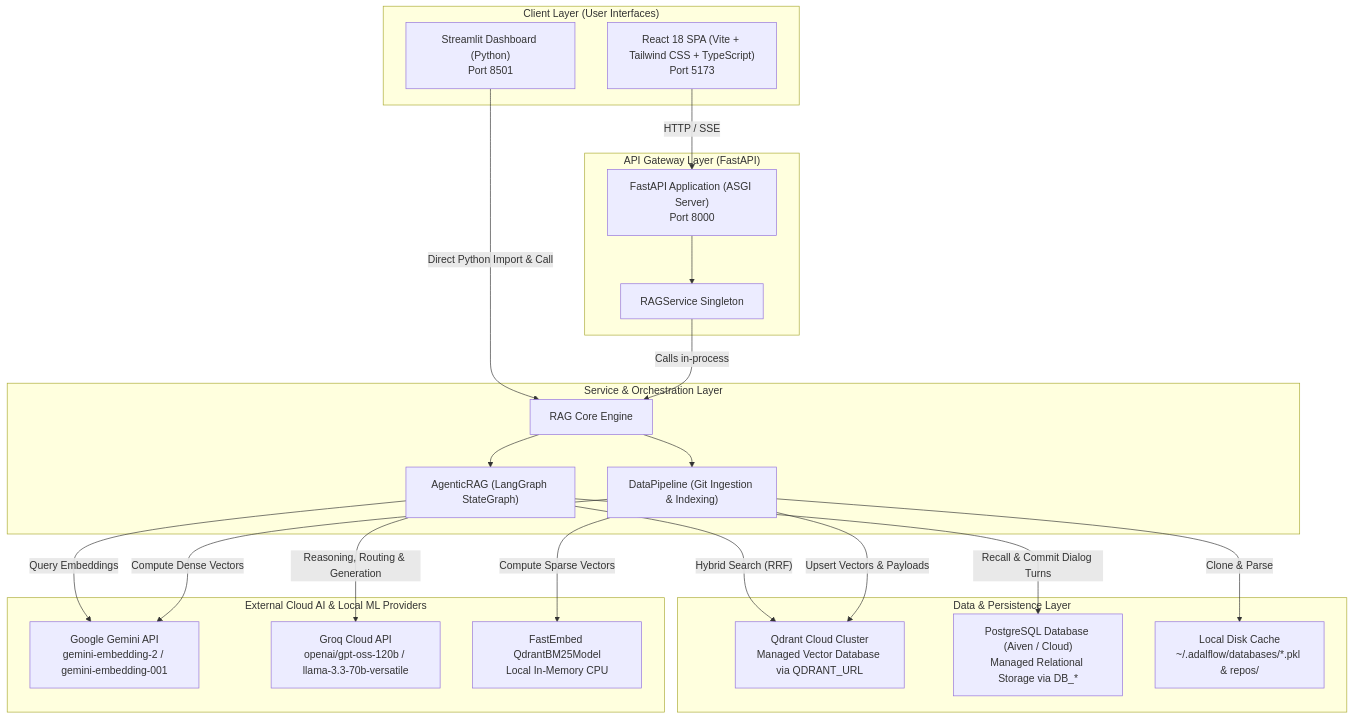
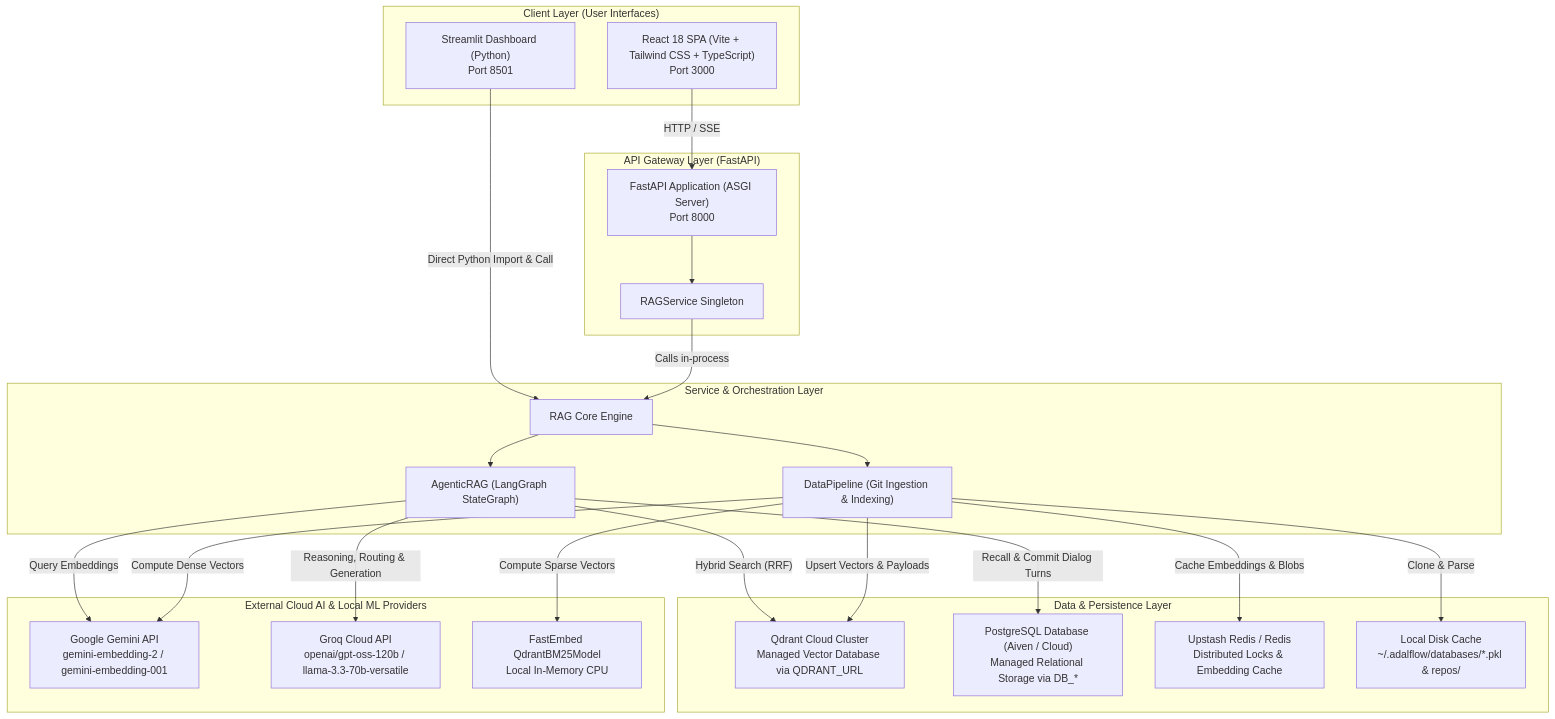
Before and after one commit to LaxmiNarayana31/github-chat: the first of 2 diagrams in README.md, drawn with Mermaid. The commit also changed other lines of this file, not shown here.

Commit message:
Enhance README with new features: add Git commit SHA verification, Upstash Redis caching, and update React SPA port

````diff
--- a/README.md
+++ b/README.md
@@ -31,49 +42,51 @@
 ```mermaid
 graph TB
     subgraph Client_Layer["Client Layer (User Interfaces)"]
-        ReactUI["React 18 SPA (Vite + Tailwind CSS + TypeScript)<br/>Port 5173"]
+        ReactUI["React 18 SPA (Vite + Tailwind CSS + TypeScript)<br/>Port 3000"]
         StreamlitUI["Streamlit Dashboard (Python)<br/>Port 8501"]
     end
 
     subgraph API_Layer["API Gateway Layer (FastAPI)"]
         FastAPIApp["FastAPI Application (ASGI Server)<br/>Port 8000"]
         RAGService["RAGService Singleton"]
     end
 
     subgraph Core_Services["Service & Orchestration Layer"]
         RAGOrchestrator["RAG Core Engine"]
         AgenticRAG["AgenticRAG (LangGraph StateGraph)"]
         DataPipeline["DataPipeline (Git Ingestion & Indexing)"]
     end
 
     subgraph Storage_Layer["Data & Persistence Layer"]
         QdrantStore["Qdrant Cloud Cluster<br/>Managed Vector Database via QDRANT_URL"]
         MemoriSQL["PostgreSQL Database (Aiven / Cloud)<br/>Managed Relational Storage via DB_*"]
+        RedisStore["Upstash Redis / Redis<br/>Distributed Locks & Embedding Cache"]
         LocalFileCache["Local Disk Cache<br/>~/.adalflow/databases/*.pkl & repos/"]
     end
 
     subgraph External_Providers["External Cloud AI & Local ML Providers"]
         GeminiAPI["Google Gemini API<br/>gemini-embedding-2 / gemini-embedding-001"]
         GroqAPI["Groq Cloud API<br/>openai/gpt-oss-120b / llama-3.3-70b-versatile"]
         FastEmbedModel["FastEmbed QdrantBM25Model<br/>Local In-Memory CPU"]
     end
 
     ReactUI -->|"HTTP / SSE"| FastAPIApp
     FastAPIApp --> RAGService
     RAGService -->|"Calls in-process"| RAGOrchestrator
 
     StreamlitUI -->|"Direct Python Import & Call"| RAGOrchestrator
 
     RAGOrchestrator --> AgenticRAG
     RAGOrchestrator --> DataPipeline
 
     DataPipeline -->|"Clone & Parse"| LocalFileCache
+    DataPipeline -->|"Cache Embeddings & Blobs"| RedisStore
     DataPipeline -->|"Compute Dense Vectors"| GeminiAPI
     DataPipeline -->|"Compute Sparse Vectors"| FastEmbedModel
     DataPipeline -->|"Upsert Vectors & Payloads"| QdrantStore
 
     AgenticRAG -->|"Hybrid Search (RRF)"| QdrantStore
     AgenticRAG -->|"Query Embeddings"| GeminiAPI
     AgenticRAG -->|"Reasoning, Routing & Generation"| GroqAPI
     AgenticRAG -->|"Recall & Commit Dialog Turns"| MemoriSQL
 ```
````
